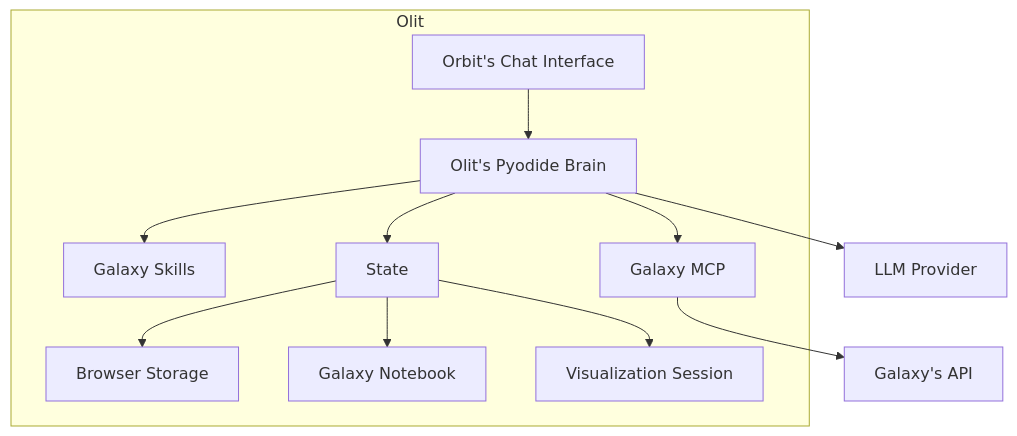
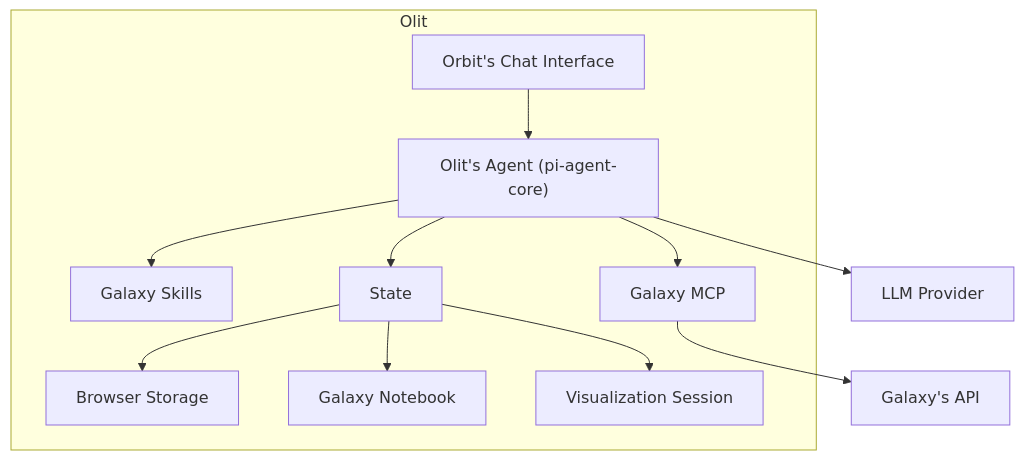
One commit to dannon/loom changed the diagram in browser/README.md. Above: the diagram before and after it, drawn with Mermaid. The commit also changed other lines of this file and 329 other files, not shown here.

````diff
--- a/browser/README.md
+++ b/browser/README.md
@@ -25,28 +25,28 @@
 ```mermaid
 flowchart TB
     UI["Orbit's Chat Interface"]
 
     subgraph Olit
         UI
-        Brain["Olit's Pyodide Brain"]
+        Brain["Olit's Agent (pi-agent-core)"]
         Skill["Galaxy Skills"]
         Ops["Galaxy MCP"]
         State["State"]
         BrowserState["Browser Storage"]
         Notebook["Galaxy Notebook"]
         Session["Visualization Session"]
     end
 
     Model["LLM Provider"]
     GalaxyApi["Galaxy's API"]
 
     UI --> Brain
     Brain --> Skill
     Brain --> Ops
     Brain --> State
     State --> BrowserState
     State --> Notebook
     State --> Session
     Brain --> Model
     Ops --> GalaxyApi
 ```
````
